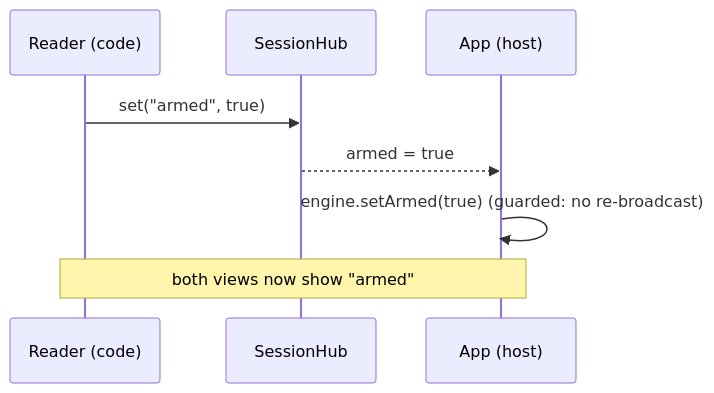
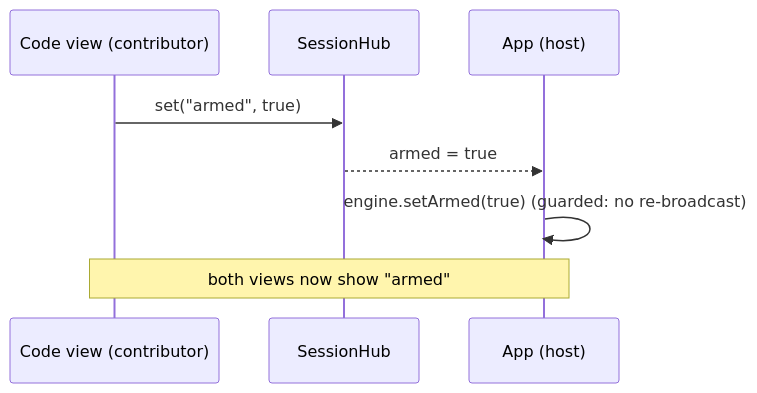
One commit to habemus-papadum/pdum_aiui changed the diagram in docs/guide/multi-view-sessions.md. Above: the diagram before and after it, drawn with Mermaid. The commit also changed other lines of this file and 160 other files, not shown here.

First line of the commit message:
feat!: remove the code reader and LSP infrastructure — VS Code will provide selections

````diff
--- a/docs/guide/multi-view-sessions.md
+++ b/docs/guide/multi-view-sessions.md
@@ -77,10 +76,10 @@
 ```mermaid
 sequenceDiagram
-  participant R as Reader (code)
+  participant C as Code view (contributor)
   participant Hub as SessionHub
   participant A as App (host)
-  R->>Hub: set("armed", true)
+  C->>Hub: set("armed", true)
   Hub-->>A: armed = true
   A->>A: engine.setArmed(true)  (guarded: no re-broadcast)
-  Note over A,R: both views now show "armed"
+  Note over A,C: both views now show "armed"
 ```
````
